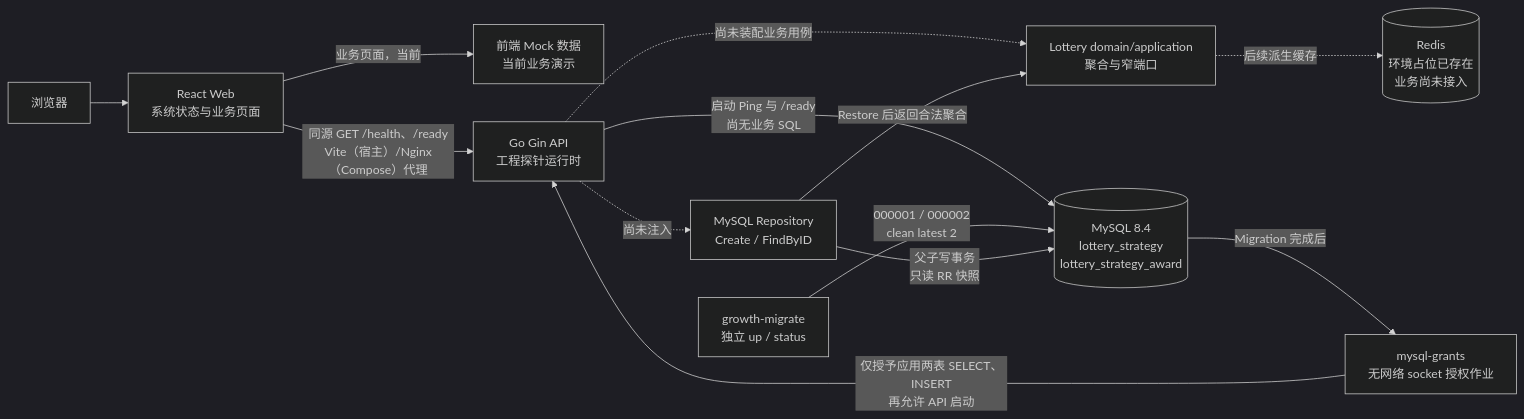
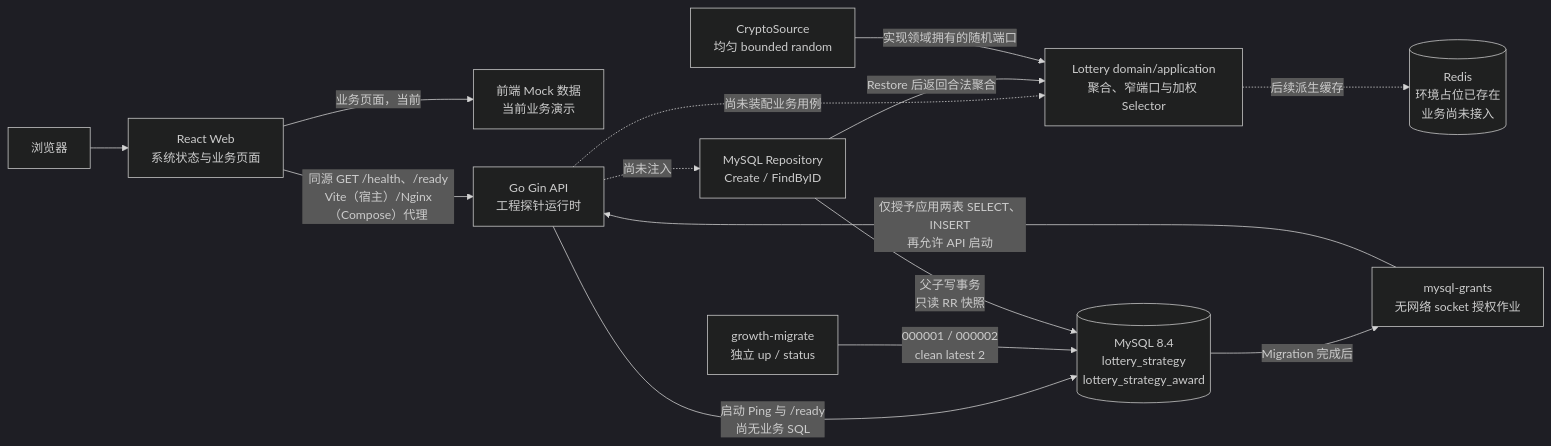
One commit to Atingaii/GrowthOS-Go changed the fifth of 5 diagrams in docs/product/system-design-v0.md. Above: the diagram before and after it, drawn with Mermaid (dark theme). The commit also changed other lines of this file and 21 other files, not shown here.

````diff
--- a/docs/product/system-design-v0.md
+++ b/docs/product/system-design-v0.md
@@ -189,26 +189,28 @@
 ```mermaid
 flowchart LR
     BROWSER[浏览器]
     WEB[React Web\n系统状态与业务页面]
     MOCK[前端 Mock 数据\n当前业务演示]
     API[Go Gin API\n工程探针运行时]
     MIGRATE[growth-migrate\n独立 up / status]
     GRANTS[mysql-grants\n无网络 socket 授权作业]
-    MODULES[Lottery domain/application\n聚合与窄端口]
+    MODULES[Lottery domain/application\n聚合、窄端口与加权 Selector]
+    RANDOM[CryptoSource\n均匀 bounded random]
     REPOSITORY[MySQL Repository\nCreate / FindByID]
     TABLES[(MySQL 8.4\nlottery_strategy\nlottery_strategy_award)]
     REDIS[(Redis\n环境占位已存在\n业务尚未接入)]
 
     BROWSER --> WEB
     WEB -->|同源 GET /health、/ready\nVite（宿主）/Nginx（Compose）代理| API
     WEB -->|业务页面，当前| MOCK
     API -.尚未装配业务用例.-> MODULES
     API -.尚未注入.-> REPOSITORY
     API -->|启动 Ping 与 /ready\n尚无业务 SQL| TABLES
     MIGRATE -->|000001 / 000002\nclean latest 2| TABLES
     TABLES -->|Migration 完成后| GRANTS
     GRANTS -->|仅授予应用两表 SELECT、INSERT\n再允许 API 启动| API
     REPOSITORY -->|父子写事务\n只读 RR 快照| TABLES
     REPOSITORY -->|Restore 后返回合法聚合| MODULES
+    RANDOM -->|实现领域拥有的随机端口| MODULES
     MODULES -.后续派生缓存.-> REDIS
 ```
````
